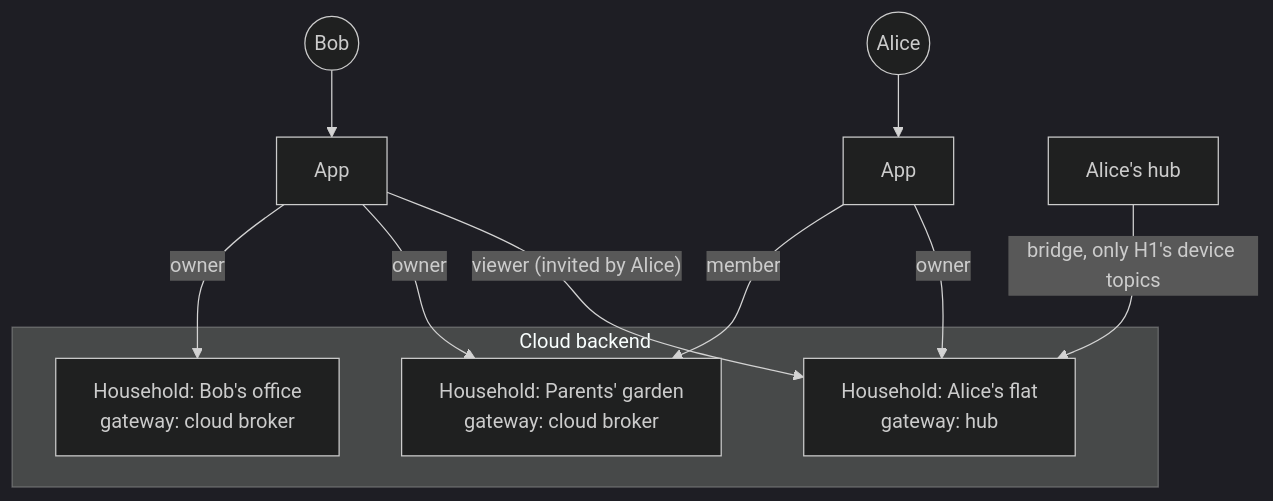
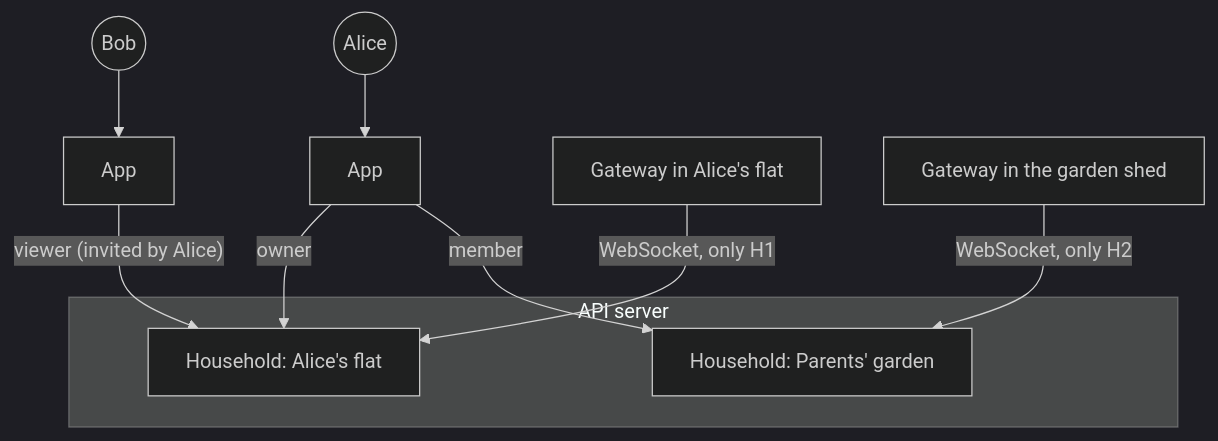
One commit to Hansom17/MoistureController changed the second of 13 diagrams in PROJECT.md. Above: the diagram before and after it, drawn with Mermaid (dark theme). The commit also changed other lines of this file and 86 other files, not shown here.

First line of the commit message:
Switch plans to gateway + central API (v2) and remove obsolete v1 code

````diff
--- a/PROJECT.md
+++ b/PROJECT.md
@@ -106,19 +109,17 @@
 ```mermaid
 flowchart TB
     Alice(("Alice")) --> App1["App"]
     Bob(("Bob")) --> App2["App"]
 
-    subgraph Cloud["Cloud backend"]
-        H1["Household: Alice's flat<br/>gateway: hub"]
-        H2["Household: Parents' garden<br/>gateway: cloud broker"]
-        H3["Household: Bob's office<br/>gateway: cloud broker"]
+    subgraph API["API server"]
+        H1["Household: Alice's flat"]
+        H2["Household: Parents' garden"]
     end
 
     App1 -- "owner" --> H1
     App1 -- "member" --> H2
     App2 -- "viewer (invited by Alice)" --> H1
-    App2 -- "owner" --> H2
-    App2 -- "owner" --> H3
 
-    HubA["Alice's hub"] -- "bridge, only H1's device topics" --> H1
+    G1["Gateway in Alice's flat"] -- "WebSocket, only H1" --> H1
+    G2["Gateway in the garden shed"] -- "WebSocket, only H2" --> H2
 ```
````
